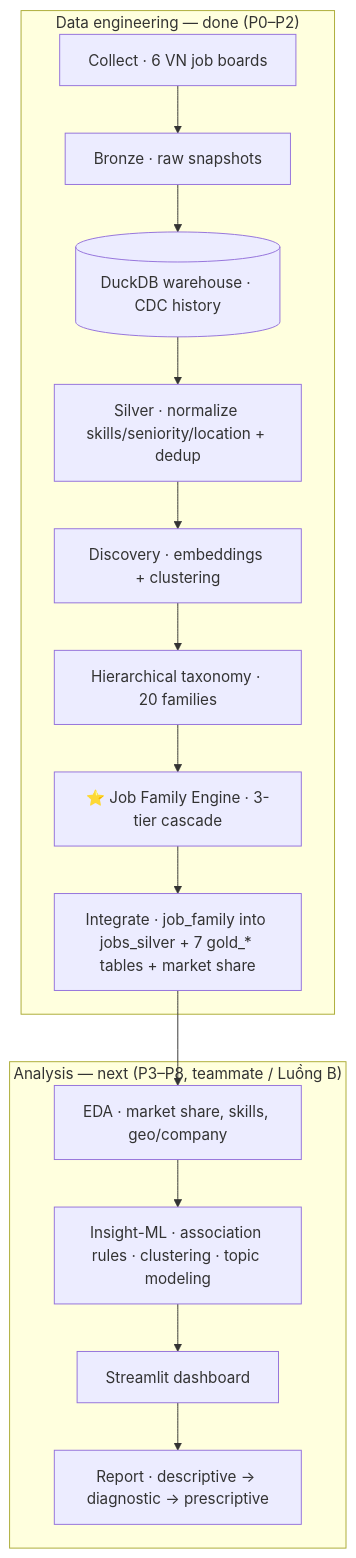
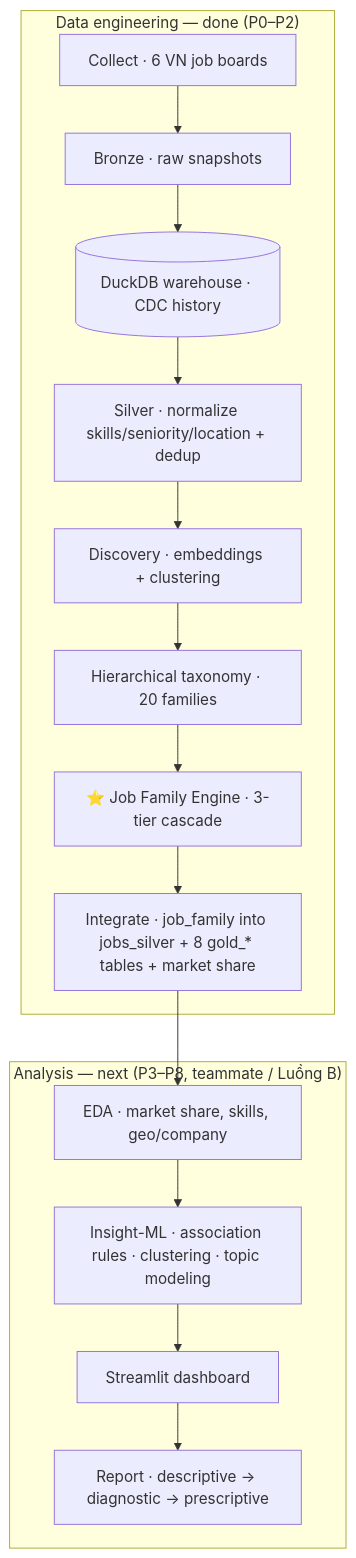
The second of 2 diagrams in README.md (BhunZ/Vietnam-Data-Job-Market-Analysis), drawn with Mermaid before and after one commit. The commit also changed other lines of this file and 91 other files, not shown here.

````diff
--- a/README.md
+++ b/README.md
@@ -80,18 +96,18 @@
 ```mermaid
 flowchart TD
     subgraph DE["Data engineering — done (P0–P2)"]
         C[Collect · 6 VN job boards] --> B[Bronze · raw snapshots]
         B --> W[(DuckDB warehouse · CDC history)]
         W --> S[Silver · normalize skills/seniority/location + dedup]
         S --> D[Discovery · embeddings + clustering]
         D --> TX[Hierarchical taxonomy · 20 families]
         TX --> JE[⭐ Job Family Engine · 3-tier cascade]
-        JE --> IG[Integrate · job_family into jobs_silver + 7 gold_* tables + market share]
+        JE --> IG[Integrate · job_family into jobs_silver + 8 gold_* tables + market share]
     end
     subgraph AN["Analysis — next (P3–P8, teammate / Luồng B)"]
         IG --> EDA[EDA · market share, skills, geo/company]
         EDA --> ML[Insight-ML · association rules · clustering · topic modeling]
         ML --> DASH[Streamlit dashboard]
         DASH --> REP[Report · descriptive → diagnostic → prescriptive]
     end
 ```
````
